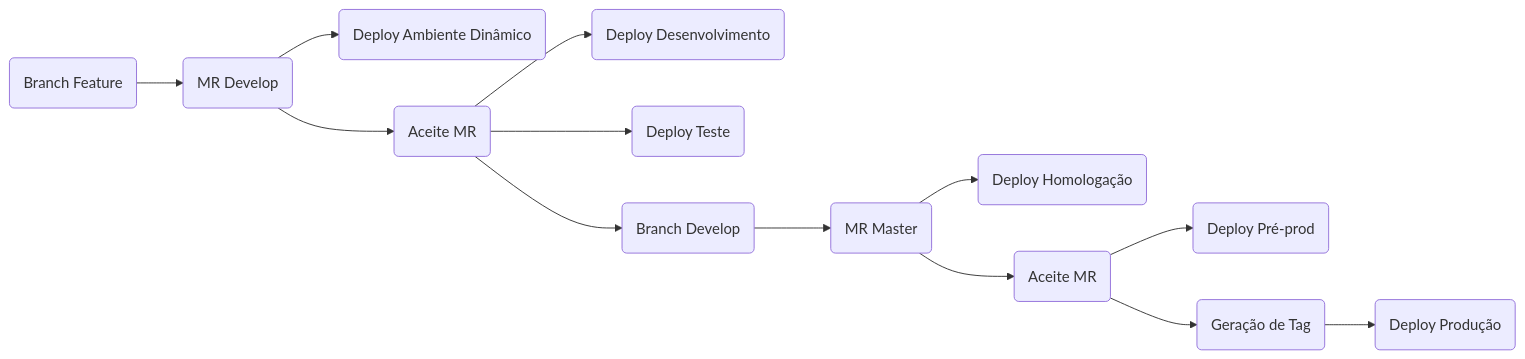
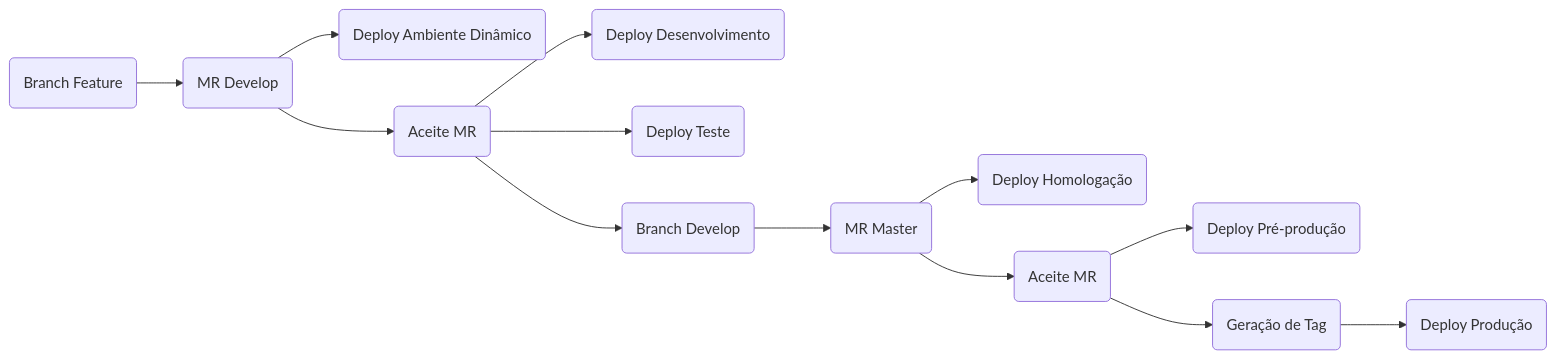
Before and after one commit to CAPES/guia: the diagram in cgs/repo-gitlab/pipeline.md, drawn with Mermaid. The commit also changed other lines of this file, not shown here.

````diff
--- a/cgs/repo-gitlab/pipeline.md
+++ b/cgs/repo-gitlab/pipeline.md
@@ -34,15 +34,15 @@
 ```mermaid
 graph LR
     B(Branch Feature) --> C(MR Develop)
     C --> C1(Deploy Ambiente Dinâmico)
     C --> D(Aceite MR)
     D --> D1(Deploy Desenvolvimento)
     D --> D2(Deploy Teste)
     D --> E(Branch Develop)
     E --> F(MR Master)
     F --> F1(Deploy Homologação)
     F --> G(Aceite MR)
-    G --> G1(Deploy Pré-prod)
+    G --> G1(Deploy Pré-produção)
     G --> H(Geração de Tag)
     H --> I(Deploy Produção)    
 ```
````
